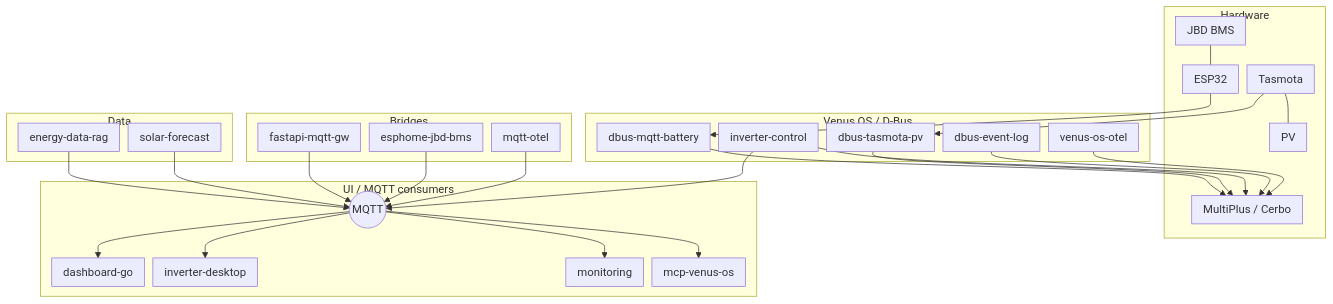
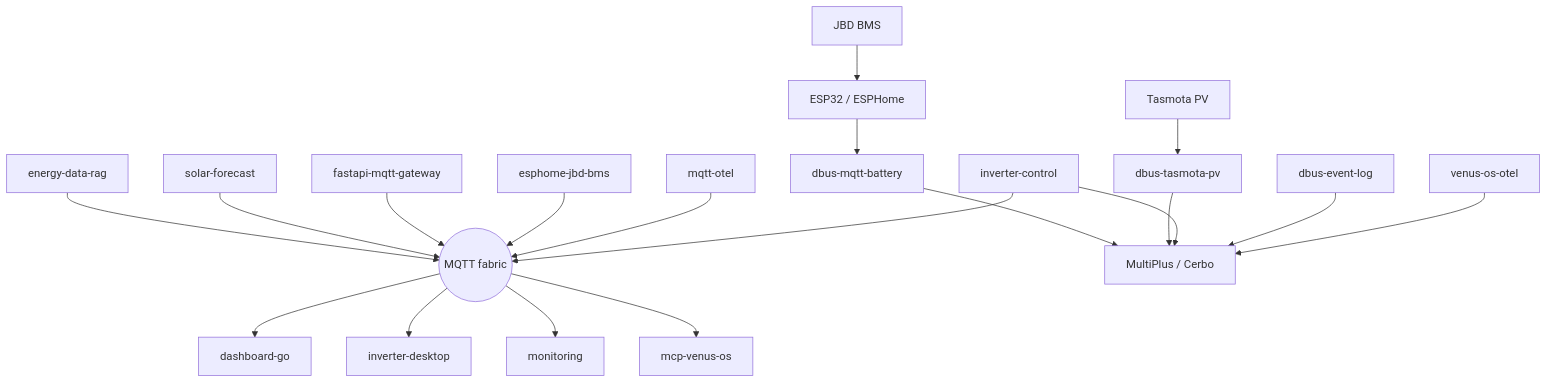
Before and after one commit to 4alvit/4alvit: the diagram in README.md, drawn with Mermaid. The commit also changed other lines of this file, not shown here.

Commit message:
docs: feature open-ott-play and verticalize architecture diagram

````diff
--- a/README.md
+++ b/README.md
@@ -24,54 +28,24 @@
 ```mermaid
-%%{init: {"flowchart": {"nodeSpacing": 12, "rankSpacing": 28, "padding": 8}}}%%
 flowchart TB
-  subgraph data [Data]
-    RAG[energy-data-rag]
-    SF[solar-forecast]
-  end
+  RAG[energy-data-rag] --> MQTT
+  SF[solar-forecast] --> MQTT
+  FG[fastapi-mqtt-gateway] --> MQTT
+  ESPH[esphome-jbd-bms] --> MQTT
+  MO[mqtt-otel] --> MQTT
 
-  subgraph bridge [Bridges]
-    FG[fastapi-mqtt-gw]
-    ESPH[esphome-jbd-bms]
-    MO[mqtt-otel]
-  end
-
-  subgraph hw [Hardware]
-    BMS[JBD BMS] --- ESP[ESP32]
-    TP[Tasmota] --- PV[PV]
-    VIC[MultiPlus / Cerbo]
-  end
-
-  subgraph ctl [Venus OS / D-Bus]
-    BM[dbus-mqtt-battery]
-    TV[dbus-tasmota-pv]
-    IC[inverter-control]
-    EL[dbus-event-log]
-    OBS[venus-os-otel]
-  end
-
-  subgraph ui [UI / MQTT consumers]
-    MQTT((MQTT))
-    DGO[dashboard-go]
-    DT[inverter-desktop]
-    MON[monitoring]
-    MCP[mcp-venus-os]
-  end
-
-  RAG --> MQTT
-  SF --> MQTT
-  FG --> MQTT
-  ESPH --> MQTT
-  MO --> MQTT
-
-  ESP --> BM --> VIC
-  TP --> TV --> VIC
-  IC --> VIC
-  EL --> VIC
-  OBS --> VIC
+  BMS[JBD BMS] --> ESP[ESP32 / ESPHome]
+  ESP --> BM[dbus-mqtt-battery]
+  TP[Tasmota PV] --> TV[dbus-tasmota-pv]
+  BM --> VIC[MultiPlus / Cerbo]
+  TV --> VIC
+  IC[inverter-control] --> VIC
+  EL[dbus-event-log] --> VIC
+  OBS[venus-os-otel] --> VIC
   IC --> MQTT
 
-  MQTT --> DGO
-  MQTT --> DT
-  MQTT --> MON
-  MQTT --> MCP
+  MQTT((MQTT fabric))
+  MQTT --> DGO[dashboard-go]
+  MQTT --> DT[inverter-desktop]
+  MQTT --> MON[monitoring]
+  MQTT --> MCP[mcp-venus-os]
 ```
````
